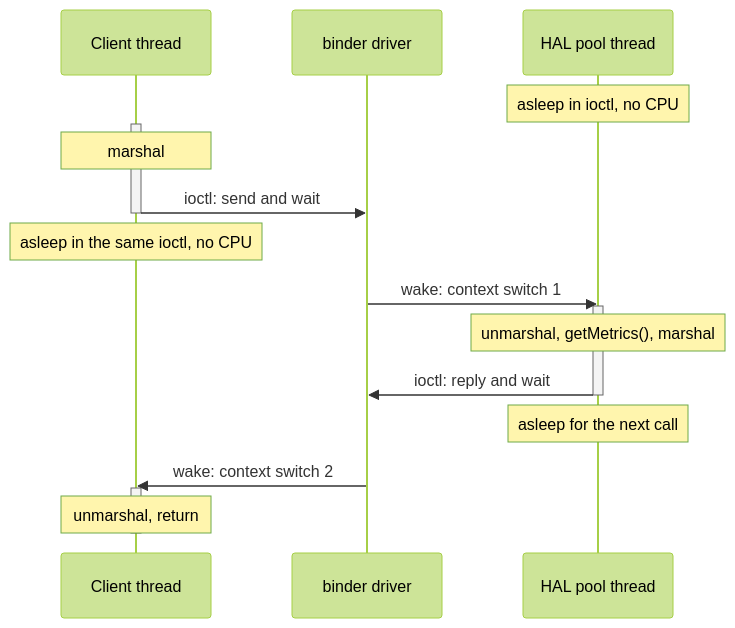
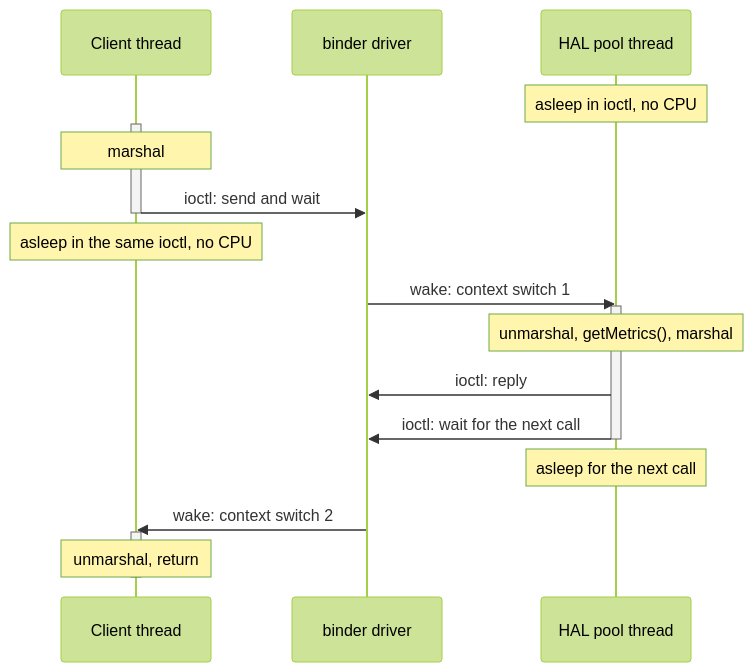
One commit to rdkcentral/rdk-halif-aidl changed the second of 6 diagrams in docs/introduction/binder_call_path.md. Above: the diagram before and after it, drawn with Mermaid (forest theme). The commit also changed other lines of this file and 1 other file, not shown here.

````diff
--- a/docs/introduction/binder_call_path.md
+++ b/docs/introduction/binder_call_path.md
@@ -47,22 +48,23 @@
 ```mermaid
 sequenceDiagram
     participant C as Client thread
     participant K as binder driver
     participant H as HAL pool thread
     Note over H: asleep in ioctl, no CPU
     activate C
     Note over C: marshal
     C->>K: ioctl: send and wait
     deactivate C
     Note over C: asleep in the same ioctl, no CPU
     K->>H: wake: context switch 1
     activate H
     Note over H: unmarshal, getMetrics(), marshal
-    H->>K: ioctl: reply and wait
+    H->>K: ioctl: reply
+    H->>K: ioctl: wait for the next call
     deactivate H
     Note over H: asleep for the next call
     K->>C: wake: context switch 2
     activate C
     Note over C: unmarshal, return
     deactivate C
 ```
````
